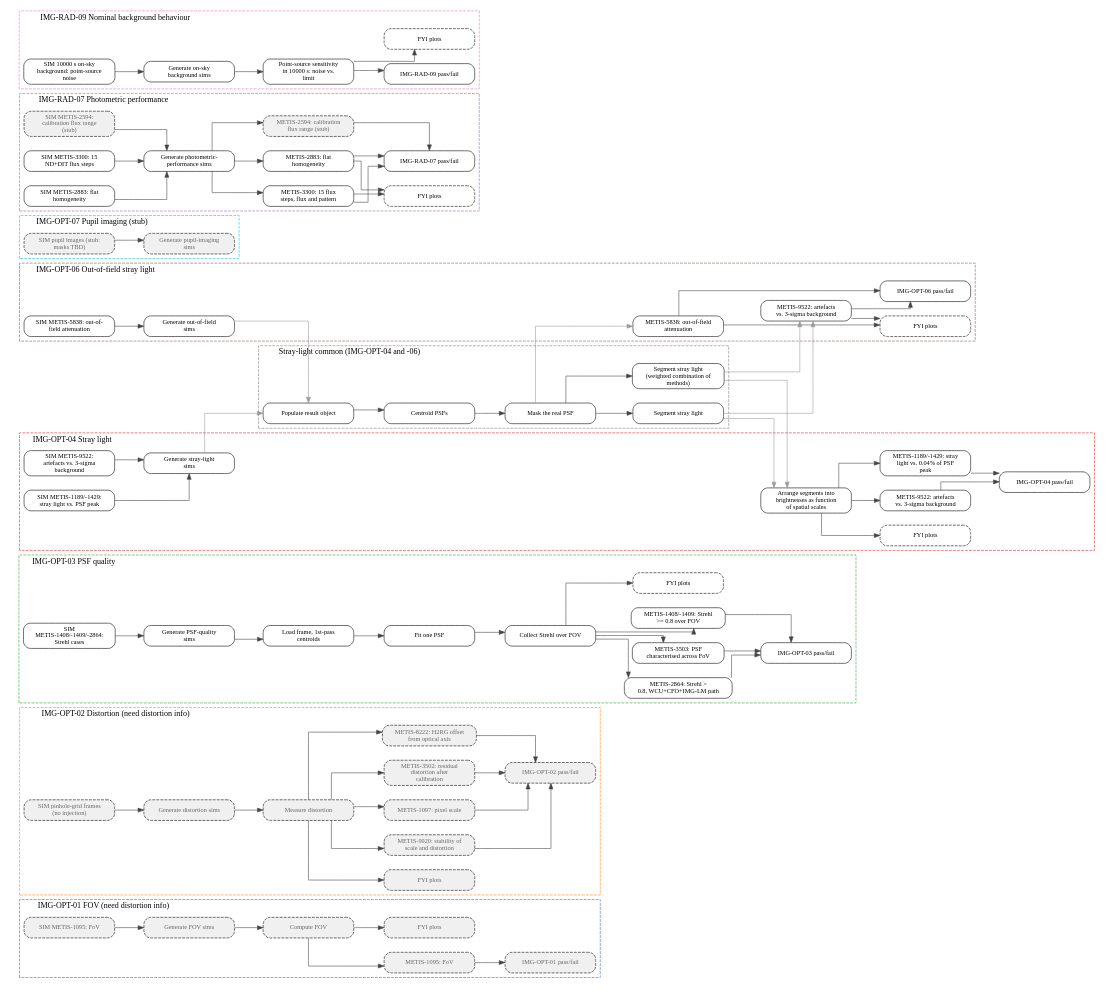
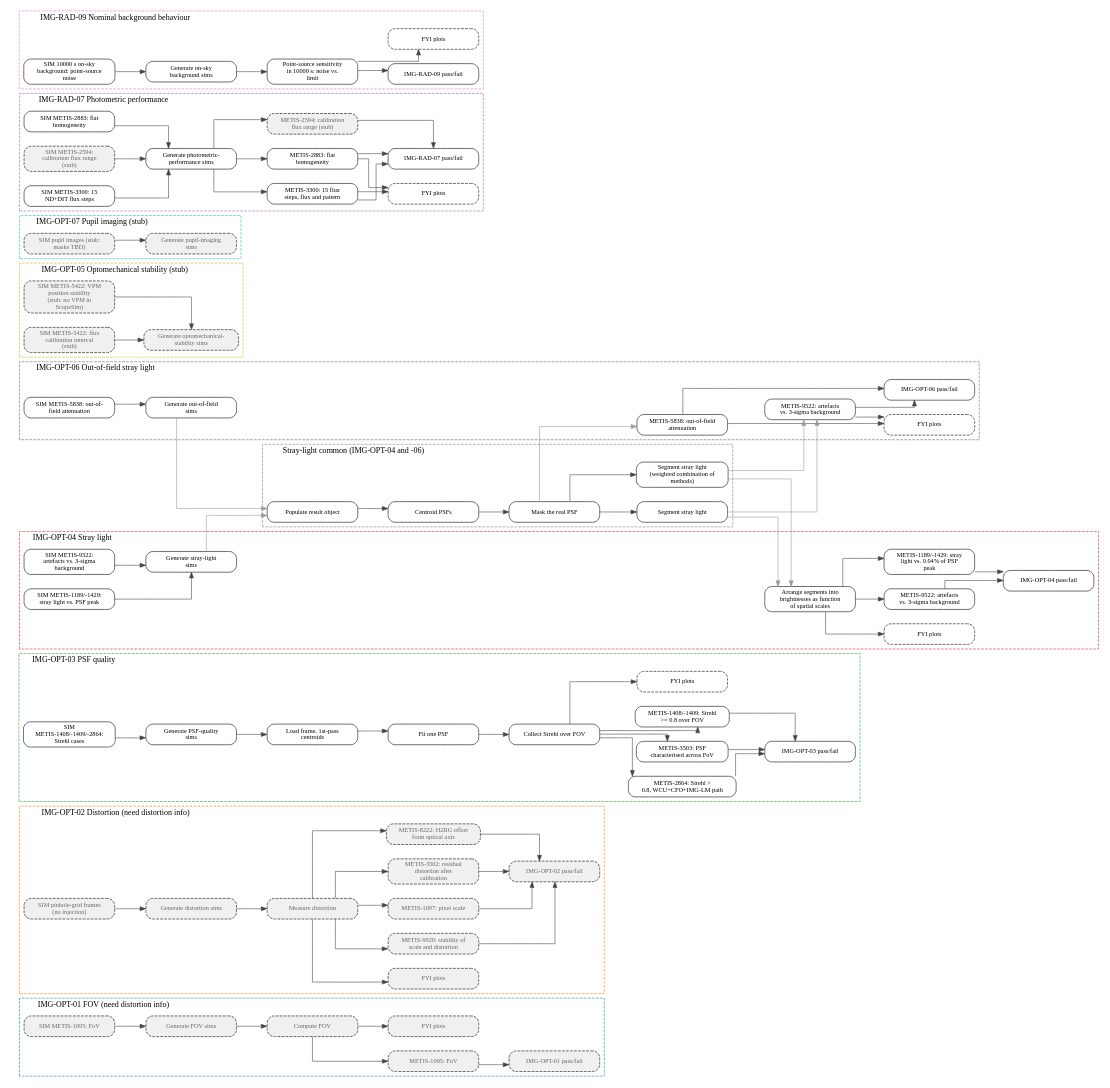
Before and after one commit to mwanakijiji/metis_work: the diagram in docs/uml/pipeline_flow.dot, drawn with Graphviz. The commit also changed 8 other files, not shown here.

Commit message:
IMG OPT 05 SIM stub

```diff
--- a/docs/uml/pipeline_flow.dot
+++ b/docs/uml/pipeline_flow.dot
@@ -78,6 +78,16 @@
     stray_light_segmentation_combined;
   }
 
+  subgraph cluster_img_opt_05_optomechanical_stability_stub {
+    label="IMG-OPT-05 Optomechanical stability (stub)";
+    labeljust=l;
+    style="dashed";
+    color="#bcbd22";
+    simulate_metis_5422_flux_calibration;
+    simulate_metis_5422_vpm_stability;
+    generate_optomechanical_stability_sim;
+  }
+
   subgraph cluster_img_opt_04_stray_light {
     label="IMG-OPT-04 Stray light";
     labeljust=l;
@@ -139,6 +149,9 @@
   sim_img_04_metis_1189_1429 [label="SIM METIS-1189/-1429:\nstray light vs. PSF peak"];
   sim_img_04_metis_9522 [label="SIM METIS-9522:\nartefacts vs. 3-sigma\nbackground"];
   generate_stray_light_sim [label="Generate stray-light\nsims"];
+  simulate_metis_5422_flux_calibration [label="SIM METIS-5422: flux\ncalibration interval\n(stub)", style="rounded,dashed,filled", fillcolor="#f0f0f0", fontcolor="#666666"];
+  simulate_metis_5422_vpm_stability [label="SIM METIS-5422: VPM\nposition stability\n(stub: no VPM in\nScopeSim)", style="rounded,dashed,filled", fillcolor="#f0f0f0", fontcolor="#666666"];
+  generate_optomechanical_stability_sim [label="Generate optomechanical-\nstability sims", style="rounded,dashed,filled", fillcolor="#f0f0f0", fontcolor="#666666"];
   sim_img_06_metis_5838 [label="SIM METIS-5838: out-of-\nfield attenuation"];
   generate_out_of_field_sim [label="Generate out-of-field\nsims"];
   simulate_img_07_pupil_imaging [label="SIM pupil images (stub:\nmasks TBD)", style="rounded,dashed,filled", fillcolor="#f0f0f0", fontcolor="#666666"];
@@ -191,22 +204,25 @@
   img_04_fyi_plots [label="FYI plots", style="rounded,dashed,filled"];
   img_06_fyi_plots [label="FYI plots", style="rounded,dashed,filled"];
 
-  { rank=same; sim_img_01_metis_1095; sim_img_02_grid_frames; sim_img_03_strehl_cases; sim_img_06_metis_5838; sim_img_04_metis_1189_1429; sim_img_04_metis_9522; simulate_img_07_pupil_imaging; simulate_metis_2594; simulate_metis_2883; simulate_metis_3300; simulate_rad_09_sensitivity; }
+  { rank=same; sim_img_01_metis_1095; sim_img_02_grid_frames; sim_img_03_strehl_cases; sim_img_06_metis_5838; simulate_metis_5422_flux_calibration; simulate_metis_5422_vpm_stability; sim_img_04_metis_1189_1429; sim_img_04_metis_9522; simulate_img_07_pupil_imaging; simulate_metis_2594; simulate_metis_2883; simulate_metis_3300; simulate_rad_09_sensitivity; }
   sim_img_01_metis_1095 -> sim_img_02_grid_frames [style=invis];
   sim_img_02_grid_frames -> sim_img_03_strehl_cases [style=invis];
   sim_img_03_strehl_cases -> sim_img_06_metis_5838 [style=invis];
-  sim_img_06_metis_5838 -> sim_img_04_metis_1189_1429 [style=invis];
+  sim_img_06_metis_5838 -> simulate_metis_5422_flux_calibration [style=invis];
+  simulate_metis_5422_flux_calibration -> simulate_metis_5422_vpm_stability [style=invis];
+  simulate_metis_5422_vpm_stability -> sim_img_04_metis_1189_1429 [style=invis];
   sim_img_04_metis_1189_1429 -> sim_img_04_metis_9522 [style=invis];
   sim_img_04_metis_9522 -> simulate_img_07_pupil_imaging [style=invis];
   simulate_img_07_pupil_imaging -> simulate_metis_2594 [style=invis];
   simulate_metis_2594 -> simulate_metis_2883 [style=invis];
   simulate_metis_2883 -> simulate_metis_3300 [style=invis];
   simulate_metis_3300 -> simulate_rad_09_sensitivity [style=invis];
-  { rank=same; generate_fov_sim; generate_distortion_sim; generate_psf_quality_sim; generate_out_of_field_sim; generate_stray_light_sim; generate_pupil_imaging_sim; generate_phot_performance_sim; generate_nominal_background_sim; }
+  { rank=same; generate_fov_sim; generate_distortion_sim; generate_psf_quality_sim; generate_out_of_field_sim; generate_optomechanical_stability_sim; generate_stray_light_sim; generate_pupil_imaging_sim; generate_phot_performance_sim; generate_nominal_background_sim; }
   generate_fov_sim -> generate_distortion_sim [style=invis];
   generate_distortion_sim -> generate_psf_quality_sim [style=invis];
   generate_psf_quality_sim -> generate_out_of_field_sim [style=invis];
-  generate_out_of_field_sim -> generate_stray_light_sim [style=invis];
+  generate_out_of_field_sim -> generate_optomechanical_stability_sim [style=invis];
+  generate_optomechanical_stability_sim -> generate_stray_light_sim [style=invis];
   generate_stray_light_sim -> generate_pupil_imaging_sim [style=invis];
   generate_pupil_imaging_sim -> generate_phot_performance_sim [style=invis];
   generate_phot_performance_sim -> generate_nominal_background_sim [style=invis];
@@ -257,6 +273,8 @@
   sim_img_03_strehl_cases -> generate_psf_quality_sim [weight=10];
   sim_img_04_metis_1189_1429 -> generate_stray_light_sim [weight=10];
   sim_img_04_metis_9522 -> generate_stray_light_sim [weight=10];
+  simulate_metis_5422_flux_calibration -> generate_optomechanical_stability_sim [weight=10];
+  simulate_metis_5422_vpm_stability -> generate_optomechanical_stability_sim [weight=10];
   sim_img_06_metis_5838 -> generate_out_of_field_sim [weight=10];
   simulate_img_07_pupil_imaging -> generate_pupil_imaging_sim [weight=10];
   simulate_metis_2594 -> generate_phot_performance_sim [weight=10];
```
